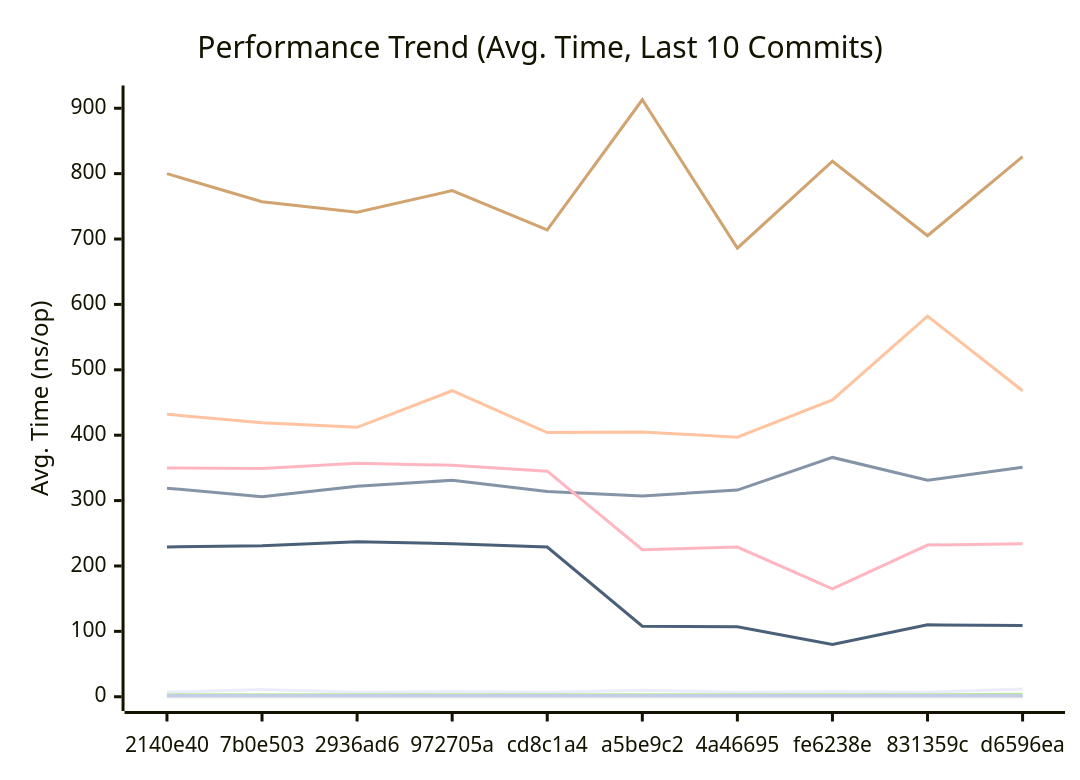
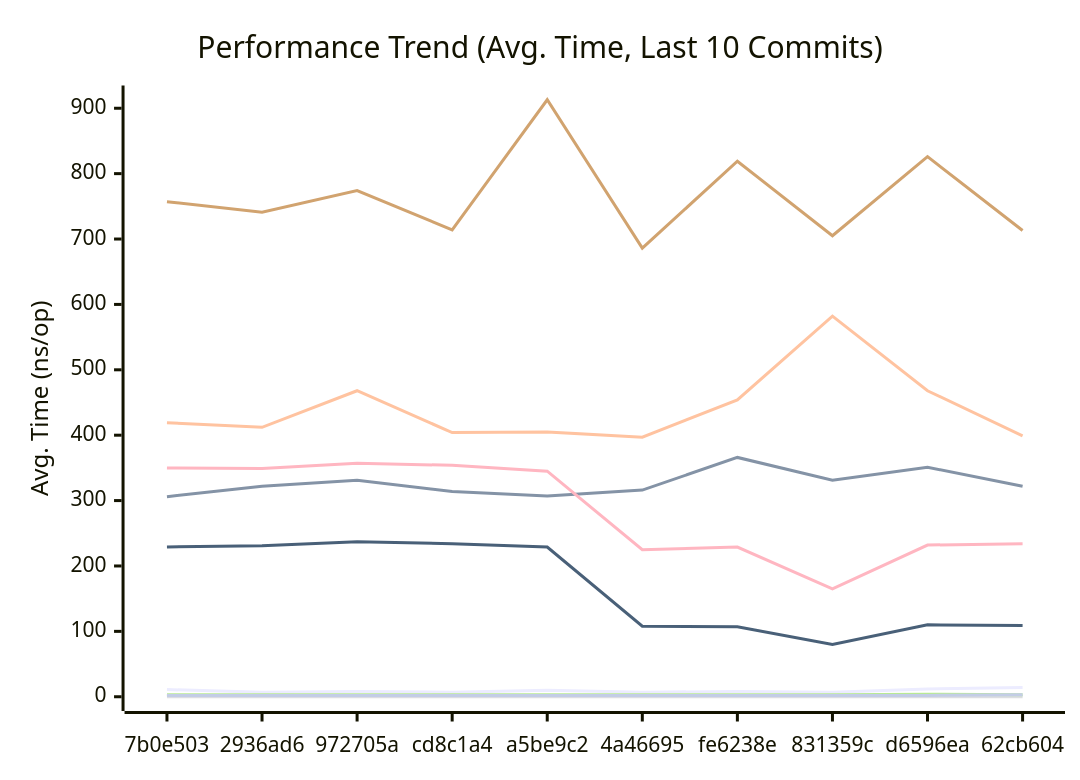
The first of 3 diagrams in docs/PERFORMANCE.md (alsotoes/momo), drawn with Mermaid before and after one commit. The commit also changed other lines of this file and 2 other files, not shown here.

````diff
--- a/docs/PERFORMANCE.md
+++ b/docs/PERFORMANCE.md
@@ -80,16 +80,16 @@
 ```mermaid
 xychart-beta
     title "Performance Trend (Avg. Time, Last 10 Commits)"
     x-axis "Commit"
     y-axis "Avg. Time (ns/op)"
-    x-axis [2140e40,7b0e503,2936ad6,972705a,cd8c1a4,a5be9c2,4a46695,fe6238e,831359c,d6596ea]
-    line "CheckMetricsAndSwap" [7,11,7,8,7,10,7,8,7,12]
-    line "CrushOptimized" [319,306,322,331,314,307,316,366,331,351]
-    line "CrushOriginal" [432,419,412,468,404,405,397,454,582,468]
+    x-axis [7b0e503,2936ad6,972705a,cd8c1a4,a5be9c2,4a46695,fe6238e,831359c,d6596ea,62cb604]
+    line "CheckMetricsAndSwap" [11,7,8,7,10,7,8,7,12,14]
+    line "CrushOptimized" [306,322,331,314,307,316,366,331,351,322]
+    line "CrushOriginal" [419,412,468,404,405,397,454,582,468,399]
     line "IndexDirectTracking" [0,0,0,0,0,0,0,0,0,0]
-    line "IndexSearch" [3,3,3,3,3,3,3,3,3,4]
-    line "LoadGlobalConfig" [800,757,741,774,714,913,686,819,705,826]
-    line "PadString" [2,2,2,2,2,2,2,2,2,2]
+    line "IndexSearch" [3,3,3,3,3,3,3,3,4,3]
+    line "LoadGlobalConfig" [757,741,774,714,913,686,819,705,826,713]
+    line "PadString" [2,2,2,2,2,2,2,2,2,3]
     line "ParseReplicationOrder_NoPrealloc" [350,349,357,354,345,225,229,165,232,234]
     line "ParseReplicationOrder_Prealloc" [229,231,237,234,229,108,107,80,110,109]
 ```
````
